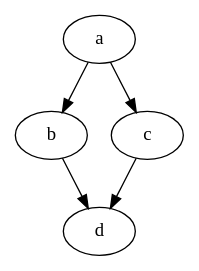
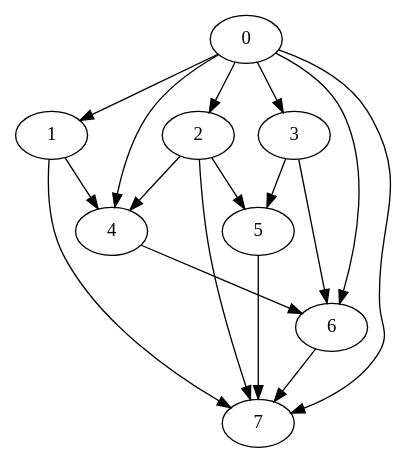
Before and after one commit to nateeo/parallel-task-scheduler: the diagram in INPUT-output.dot, drawn with Graphviz. The commit also changed 3 other files, not shown here.

```diff
--- a/INPUT-output.dot
+++ b/INPUT-output.dot
@@ -1,10 +1,26 @@
-digraph "outputExampleSmall" {
-	a				[ Weight =2,Start =0,Processor =1];
-	b				[ Weight =3,Start =3,Processor =2];
-    a -> b          [Weight=1];
-	c				[ Weight =3,Start =2,Processor =1];
-    a -> c          [Weight=2];
-	d				[ Weight =2,Start =6,Processor =2];
-    b -> d          [Weight=2];
-    c -> d          [Weight=1];
+digraph "outputRandom_Nodes_8_Density_2.0_CCR_0.1_WeightType_Random" {
+	0				[ Weight =35,Start =0,Processor =1];
+	1				[ Weight =88,Start =38,Processor =3];
+	0 -> 1	 [Weight=3];
+	2				[ Weight =176,Start =35,Processor =1];
+	0 -> 2	 [Weight=9];
+	3				[ Weight =159,Start =42,Processor =2];
+	0 -> 3	 [Weight=7];
+	4				[ Weight =176,Start =211,Processor =1];
+	0 -> 4	 [Weight=5];
+	6				[ Weight =141,Start =387,Processor =1];
+	0 -> 6	 [Weight=4];
+	7				[ Weight =53,Start =528,Processor =1];
+	0 -> 7	 [Weight=9];
+	1 -> 4	 [Weight=10];
+	1 -> 7	 [Weight=6];
+	2 -> 4	 [Weight=8];
+	5				[ Weight =141,Start =217,Processor =2];
+	2 -> 5	 [Weight=6];
+	2 -> 7	 [Weight=3];
+	3 -> 5	 [Weight=5];
+	3 -> 6	 [Weight=8];
+	4 -> 6	 [Weight=2];
+	5 -> 7	 [Weight=4];
+	6 -> 7	 [Weight=8];
 }
```
